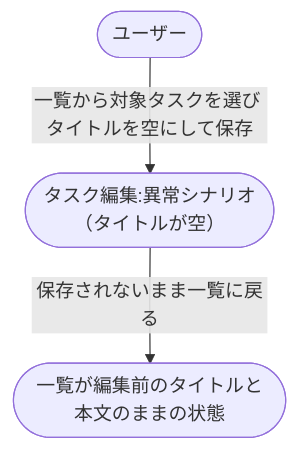
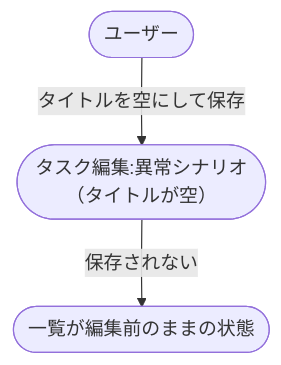
One commit to shuhei1101/ai-monitor-e2e changed the second of 2 diagrams in docs/wiki/設計図/シナリオ/複合ユースケース/タスク編集から一覧反映.md. Above: the diagram before and after it, drawn with Mermaid. The commit also changed other lines of this file, not shown here.

````diff
--- a/docs/wiki/設計図/シナリオ/複合ユースケース/タスク編集から一覧反映.md
+++ b/docs/wiki/設計図/シナリオ/複合ユースケース/タスク編集から一覧反映.md
@@ -42,7 +46,7 @@
 ```mermaid
 flowchart TD
-  A([ユーザー]) -->|一覧から対象タスクを選び タイトルを空にして保存| UC1([タスク編集:異常シナリオ<br>（タイトルが空）])
-  UC1 -->|保存されないまま一覧に戻る| S1([一覧が編集前のタイトルと本文のままの状態])
+  U0([ユーザー]) -->|タイトルを空にして保存| UC1([タスク編集:異常シナリオ<br>（タイトルが空）])
+  UC1 -->|保存されない| DONE([一覧が編集前のままの状態])
 
   click UC1 "../単一ユースケース/タスク編集.md#異常シナリオタイトルが空"
 ```
````
